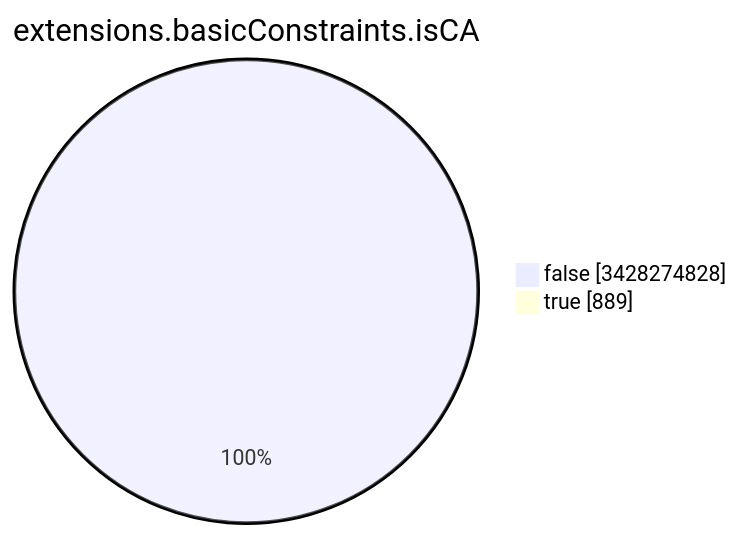
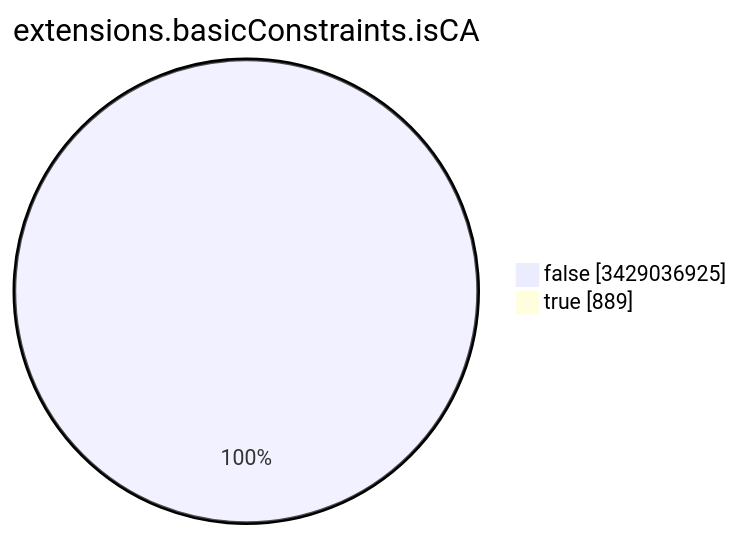
One commit to christiankrug/ctmonitor_visualization changed the seventh of 15 diagrams in TOTAL/README.md. Above: the diagram before and after it, drawn with Mermaid. The commit also changed other lines of this file, not shown here.

````diff
--- a/TOTAL/README.md
+++ b/TOTAL/README.md
@@ -3092,6 +3092,6 @@
 ```mermaid
 pie showData
 title extensions.basicConstraints.isCA
-"false" :3428274828
+"false" :3429036925
 "true" :889
 ```
````
